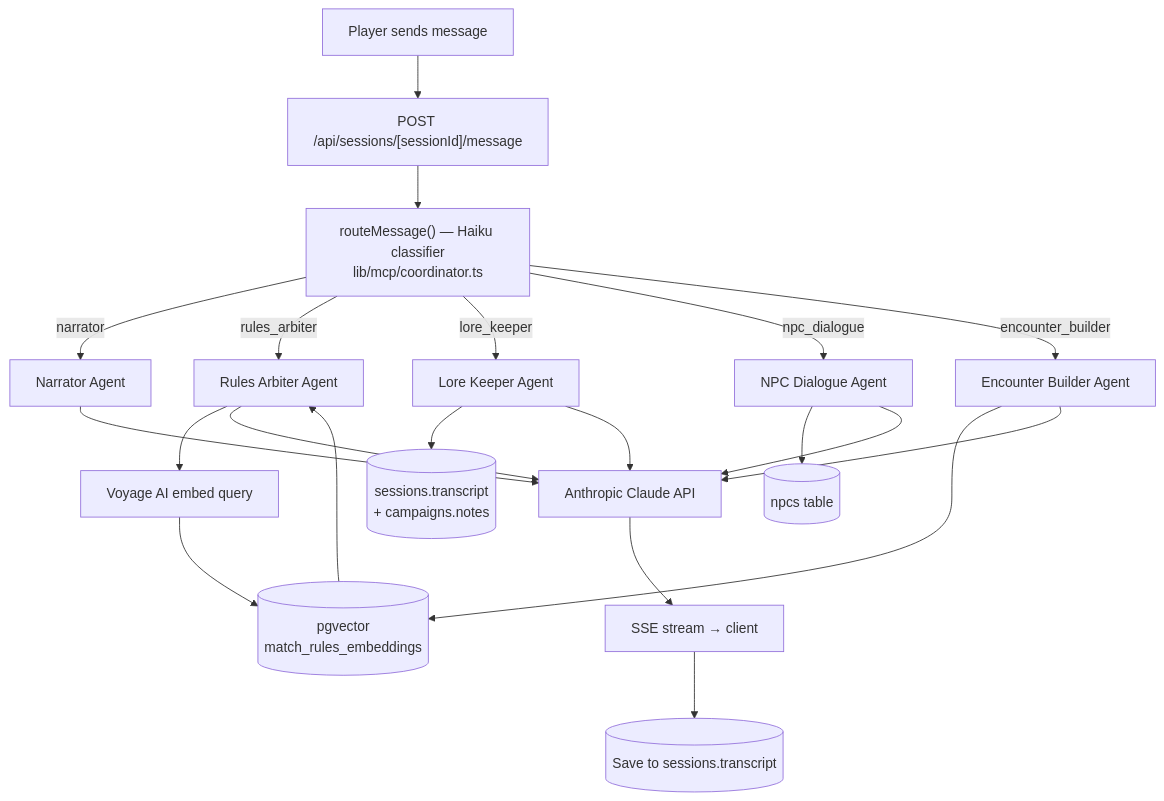
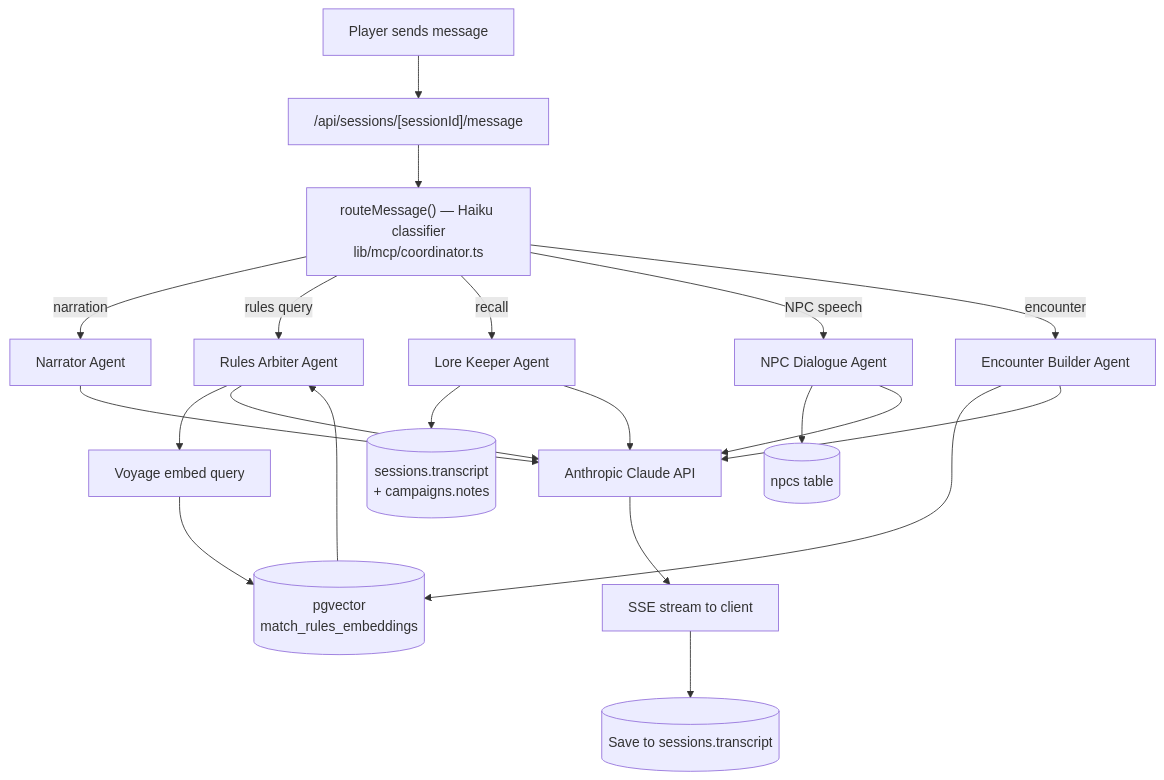
One commit to CAG07/roleverse changed the diagram in docs/ARCHITECTURE.md. Above: the diagram before and after it, drawn with Mermaid. The commit also changed other lines of this file, not shown here.

Commit message:
Edit architecture docs

````diff
--- a/docs/ARCHITECTURE.md
+++ b/docs/ARCHITECTURE.md
@@ -26,27 +34,27 @@
 ```mermaid
 flowchart TD
-    Player[Player sends message] --> Route["POST /api/sessions/[sessionId]/message"]
-    Route --> Router["routeMessage() — Haiku classifier\nlib/mcp/coordinator.ts"]
-    Router -->|narrator| Narrator[Narrator Agent]
-    Router -->|rules_arbiter| Rules[Rules Arbiter Agent]
-    Router -->|lore_keeper| Lore[Lore Keeper Agent]
-    Router -->|npc_dialogue| NPC[NPC Dialogue Agent]
-    Router -->|encounter_builder| Enc[Encounter Builder Agent]
+    Player[Player sends message] --> Route["/api/sessions/[sessionId]/message"]
+    Route --> Router["routeMessage() — Haiku classifier<br/>lib/mcp/coordinator.ts"]
+    Router -->|narration| Narrator[Narrator Agent]
+    Router -->|rules query| Rules[Rules Arbiter Agent]
+    Router -->|recall| Lore[Lore Keeper Agent]
+    Router -->|NPC speech| NPC[NPC Dialogue Agent]
+    Router -->|encounter| Enc[Encounter Builder Agent]
 
-    Rules --> Voyage[Voyage AI embed query]
-    Voyage --> PgVector[(pgvector\nmatch_rules_embeddings)]
+    Rules --> Voyage[Voyage embed query]
+    Voyage --> PgVector[(pgvector<br/>match_rules_embeddings)]
     PgVector --> Rules
 
-    Lore --> Transcript[(sessions.transcript\n+ campaigns.notes)]
+    Lore --> Transcript[(sessions.transcript<br/>+ campaigns.notes)]
     NPC --> NpcTable[(npcs table)]
     Enc --> PgVector
 
     Narrator --> Claude[Anthropic Claude API]
     Rules --> Claude
     Lore --> Claude
     NPC --> Claude
     Enc --> Claude
 
-    Claude --> SSE[SSE stream → client]
+    Claude --> SSE[SSE stream to client]
     SSE --> Persist[(Save to sessions.transcript)]
 ```
````
